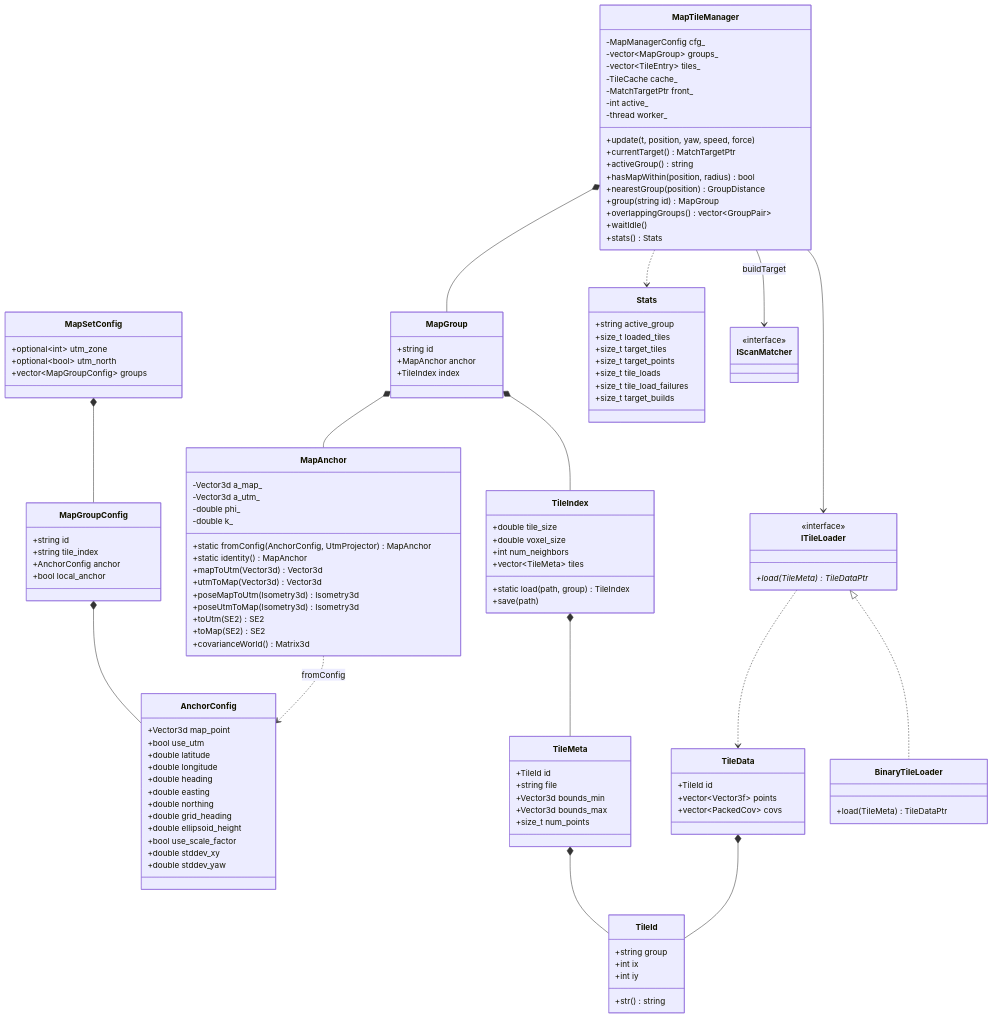
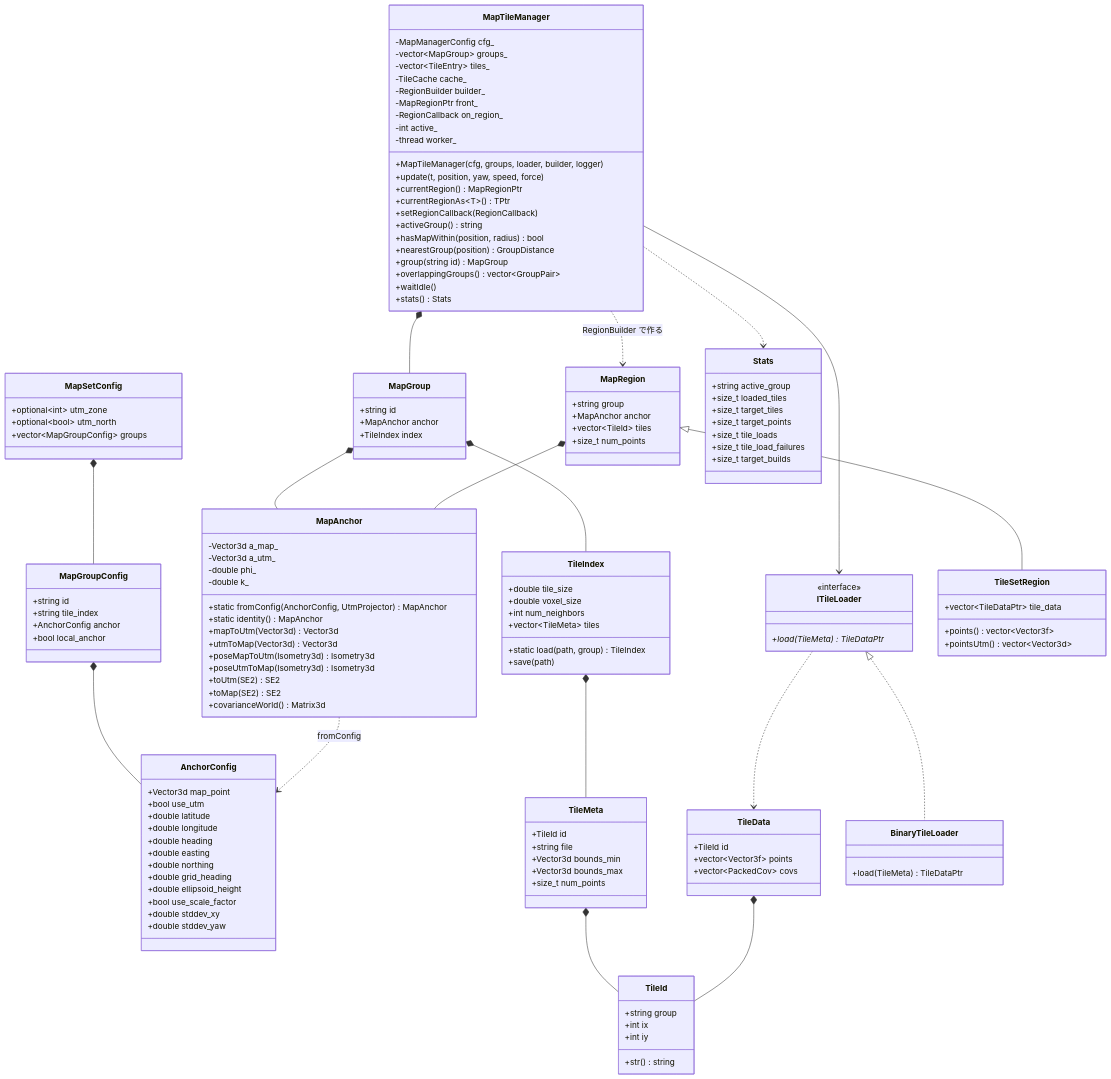
One commit to mamoru1126/gnss_and_lidar_localization changed the tenth of 15 diagrams in docs/architecture.md. Above: the diagram before and after it, drawn with Mermaid. The commit also changed other lines of this file and 48 other files, not shown here.

First line of the commit message:
feat(map): 地図のタイル化と動的ロードを単体で使えるライブラリ gll_map に切り出す

````diff
--- a/docs/architecture.md
+++ b/docs/architecture.md
@@ -934,16 +942,32 @@
   class BinaryTileLoader {
     +load(TileMeta) TileDataPtr
   }
+  class MapRegion {
+    +string group
+    +MapAnchor anchor
+    +vector~TileId~ tiles
+    +size_t num_points
+  }
+  class TileSetRegion {
+    +vector~TileDataPtr~ tile_data
+    +points() vector~Vector3f~
+    +pointsUtm() vector~Vector3d~
+  }
   class MapTileManager {
     -MapManagerConfig cfg_
     -vector~MapGroup~ groups_
     -vector~TileEntry~ tiles_
     -TileCache cache_
-    -MatchTargetPtr front_
+    -RegionBuilder builder_
+    -MapRegionPtr front_
+    -RegionCallback on_region_
     -int active_
     -thread worker_
+    +MapTileManager(cfg, groups, loader, builder, logger)
     +update(t, position, yaw, speed, force)
-    +currentTarget() MatchTargetPtr
+    +currentRegion() MapRegionPtr
+    +currentRegionAs~T~() TPtr
+    +setRegionCallback(RegionCallback)
     +activeGroup() string
     +hasMapWithin(position, radius) bool
     +nearestGroup(position) GroupDistance
@@ -961,9 +985,6 @@
     +size_t tile_load_failures
     +size_t target_builds
   }
-  class IScanMatcher {
-    <<interface>>
-  }
 
   MapSetConfig *-- MapGroupConfig
   MapGroupConfig *-- AnchorConfig
@@ -977,6 +998,8 @@
   ITileLoader ..> TileData
   MapTileManager *-- MapGroup
   MapTileManager --> ITileLoader
-  MapTileManager --> IScanMatcher : buildTarget
   MapTileManager ..> Stats
+  MapRegion <|-- TileSetRegion
+  MapTileManager ..> MapRegion : RegionBuilder で作る
+  MapRegion *-- MapAnchor
 ```
````
